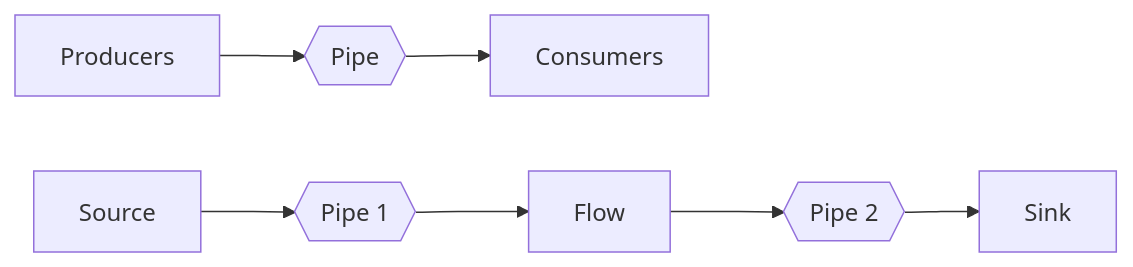
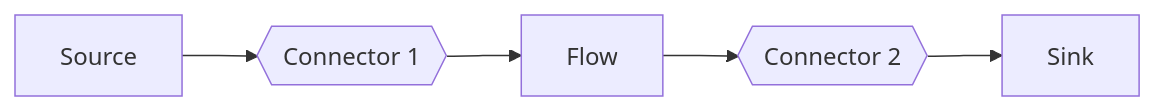
One commit to ossuminc/ossum.tech changed the diagram in docs/riddl/concepts/connector.md. Above: the diagram before and after it, drawn with Mermaid. The commit also changed other lines of this file and 9 other files, not shown here.

````diff
--- a/docs/riddl/concepts/connector.md
+++ b/docs/riddl/concepts/connector.md
@@ -83,5 +120,4 @@
 ```mermaid
 graph LR;
-Producers --> P{{Pipe}} --> Consumers
-Source --> P1{{Pipe 1}} --> Flow --> P2{{Pipe 2}} --> Sink
+Source --> C1{{Connector 1}} --> Flow --> C2{{Connector 2}} --> Sink
 ```
````
